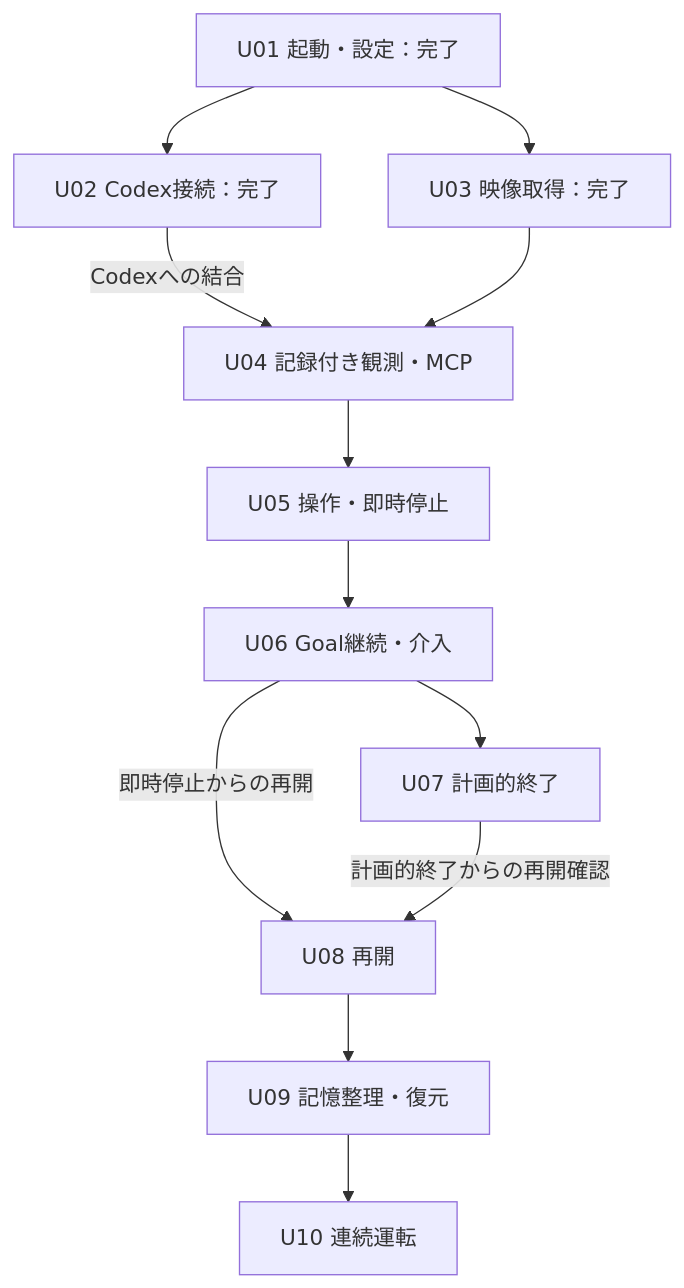
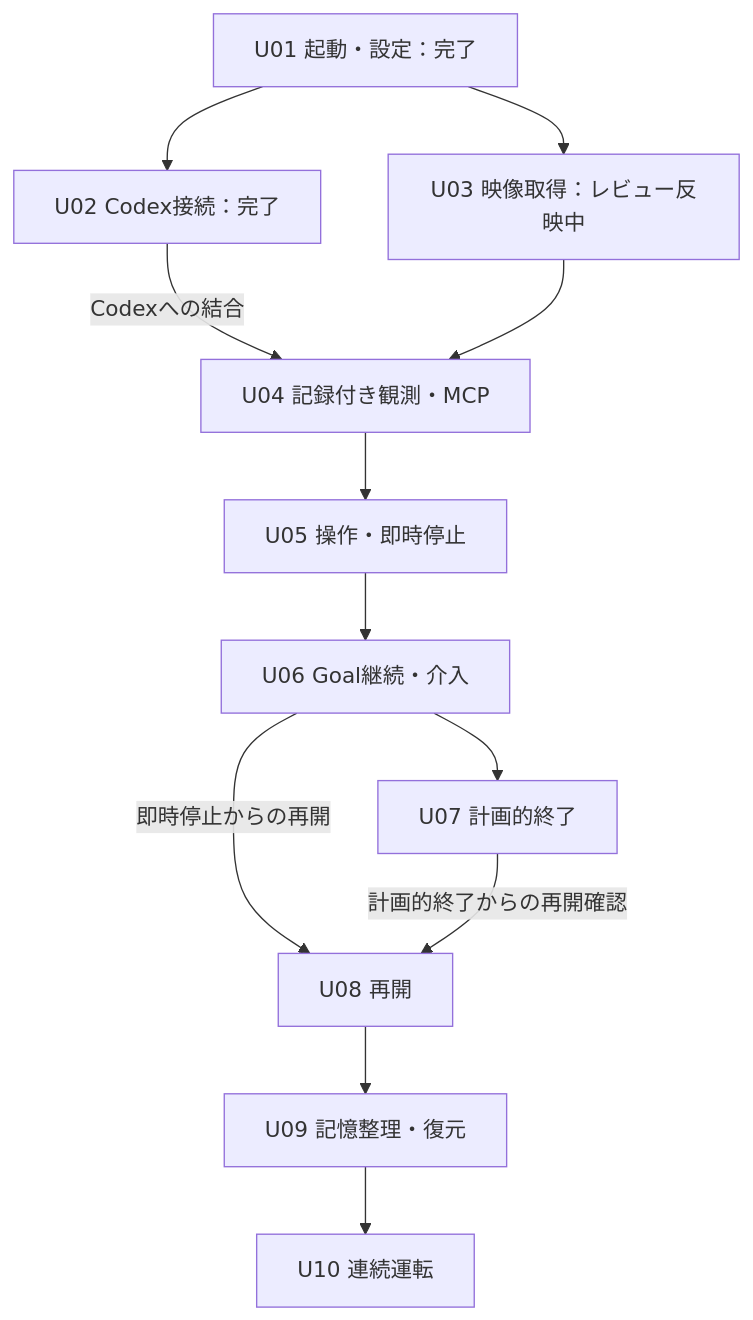
The diagram in spec/initial/05-implementation.md (niart120/Project_Gigas), drawn with Mermaid before and after one commit. The commit also changed other lines of this file and 8 other files, not shown here.

````diff
--- a/spec/initial/05-implementation.md
+++ b/spec/initial/05-implementation.md
@@ -51,14 +51,14 @@
 ```mermaid
 flowchart TD
     U01["U01 起動・設定：完了"] --> U02["U02 Codex接続：完了"]
-    U01 --> U03["U03 映像取得：完了"]
+    U01 --> U03["U03 映像取得：レビュー反映中"]
     U02 -->|"Codexへの結合"| U04["U04 記録付き観測・MCP"]
     U03 --> U04
     U04 --> U05["U05 操作・即時停止"]
     U05 --> U06["U06 Goal継続・介入"]
     U06 --> U07["U07 計画的終了"]
     U06 -->|"即時停止からの再開"| U08["U08 再開"]
     U07 -->|"計画的終了からの再開確認"| U08
     U08 --> U09["U09 記憶整理・復元"]
     U09 --> U10["U10 連続運転"]
 ```
````
